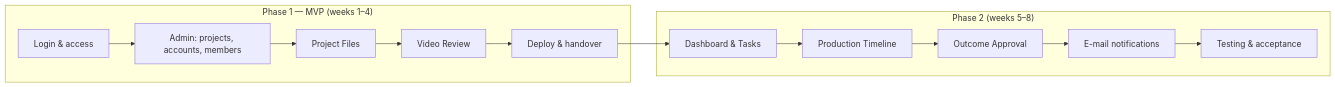
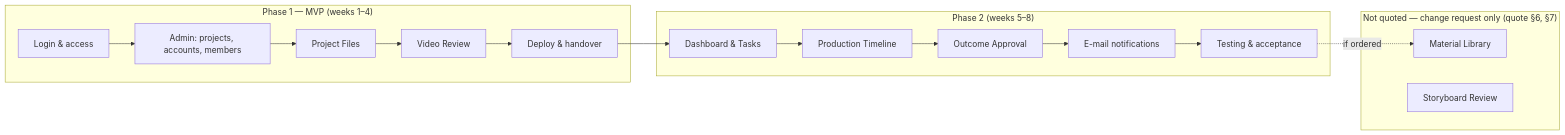
The diagram in README.md (vincetruong0512/LeapUp-plan), drawn with Mermaid before and after one commit. The commit also changed other lines of this file and 46 other files, not shown here.

First line of the commit message:
Cover every Miro board section; add Material Library and Storyboard Review (OUT)

````diff
--- a/README.md
+++ b/README.md
@@ -22,16 +23,21 @@
 ```mermaid
 flowchart LR
     subgraph P1["Phase 1 — MVP (weeks 1–4)"]
         A["Login & access"] --> B["Admin: projects, accounts, members"]
         B --> C["Project Files"]
         C --> D["Video Review"]
         D --> E["Deploy & handover"]
     end
     subgraph P2["Phase 2 (weeks 5–8)"]
         F["Dashboard & Tasks"] --> G["Production Timeline"]
         G --> H["Outcome Approval"]
         H --> I["E-mail notifications"]
         I --> J["Testing & acceptance"]
     end
+    subgraph CR["Not quoted — change request only (quote §6, §7)"]
+        K["Material Library"]
+        L["Storyboard Review"]
+    end
     E --> F
+    J -.->|"if ordered"| K
 ```
````
